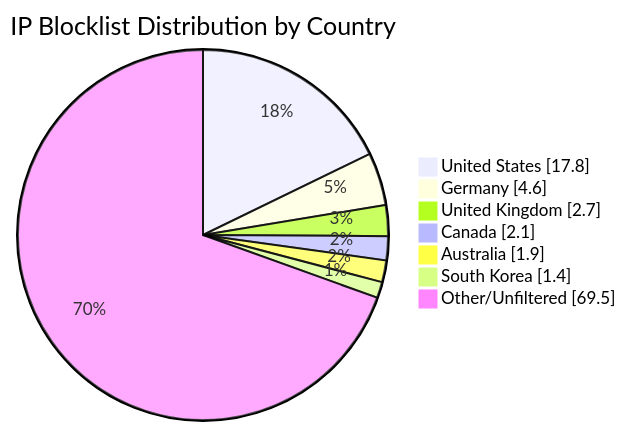
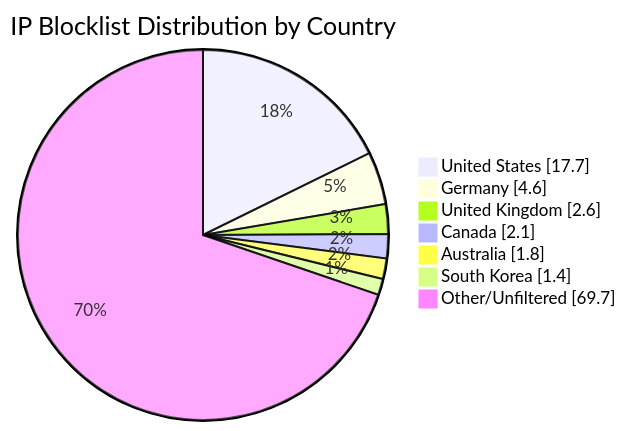
One commit to MarcusHoltz/ipblocklist-geofiltered-aggregator changed the diagram in README.md. Above: the diagram before and after it, drawn with Mermaid. The commit also changed other lines of this file and 9 other files, not shown here.

````diff
--- a/README.md
+++ b/README.md
@@ -34,10 +34,10 @@
 ```mermaid
 pie showData title IP Blocklist Distribution by Country
-"United States" : 17.8
+"United States" : 17.7
 "Germany" : 4.6
-"United Kingdom" : 2.7
+"United Kingdom" : 2.6
 "Canada" : 2.1
-"Australia" : 1.9
+"Australia" : 1.8
 "South Korea" : 1.4
-"Other/Unfiltered" : 69.5
+"Other/Unfiltered" : 69.7
 ```
````
